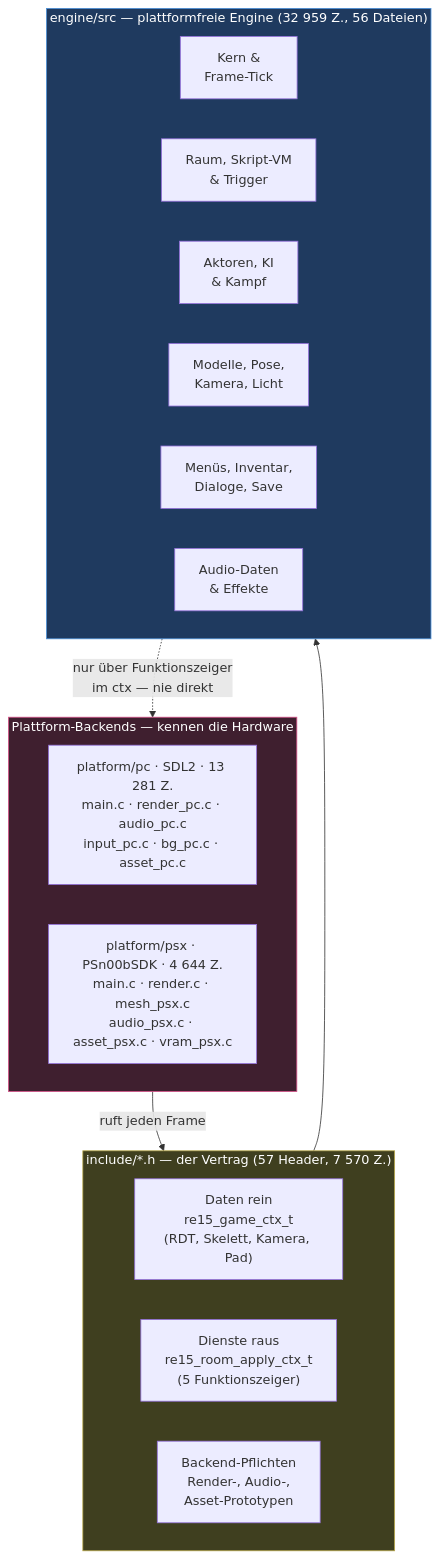
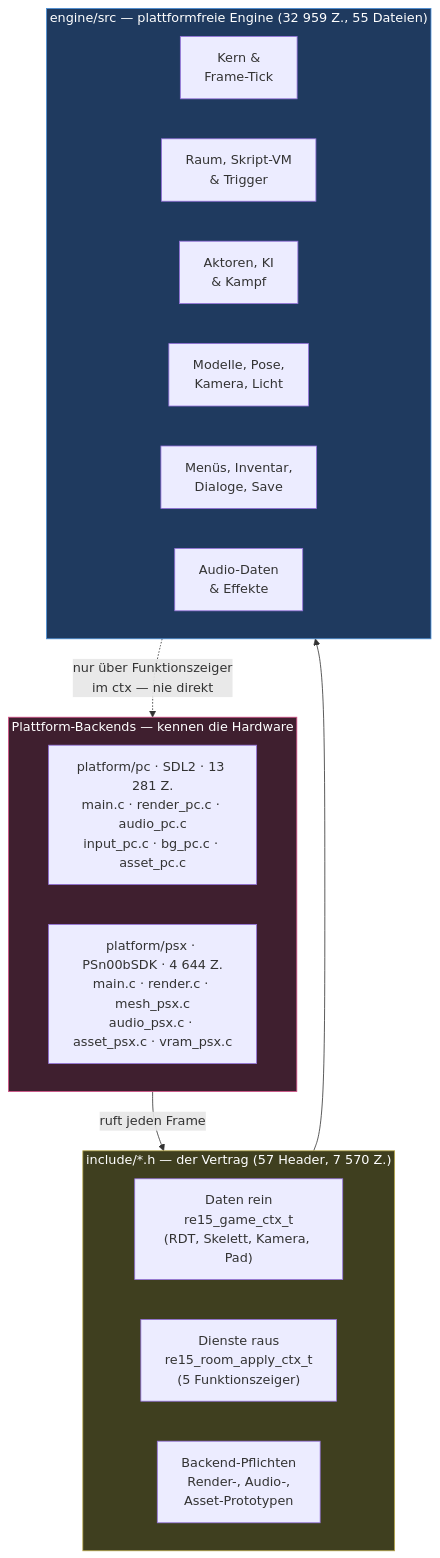
One commit to BauBabi/re15_port changed the first of 8 diagrams in ARCHITECTURE.md. Above: the diagram before and after it, drawn with Mermaid. The commit also changed other lines of this file and 1 other file, not shown here.

First line of the commit message:
docs(#arch): PlantUML-Fassung der Diagramme + vollstaendige Dateireferenz (alle 76 Quelldateien)

````diff
--- a/ARCHITECTURE.md
+++ b/ARCHITECTURE.md
@@ -23,33 +26,33 @@
 ```mermaid
 flowchart TB
     subgraph BACKENDS["Plattform-Backends — kennen die Hardware"]
         direction LR
         PC["platform/pc · SDL2 · 13 281 Z.<br/>main.c · render_pc.c · audio_pc.c<br/>input_pc.c · bg_pc.c · asset_pc.c"]
         PSX["platform/psx · PSn00bSDK · 4 644 Z.<br/>main.c · render.c · mesh_psx.c<br/>audio_psx.c · asset_psx.c · vram_psx.c"]
     end
 
     subgraph CONTRACT["include/*.h — der Vertrag (57 Header, 7 570 Z.)"]
         direction LR
         IN["Daten rein<br/>re15_game_ctx_t<br/>(RDT, Skelett, Kamera, Pad)"]
         OUT["Dienste raus<br/>re15_room_apply_ctx_t<br/>(5 Funktionszeiger)"]
         API["Backend-Pflichten<br/>Render-, Audio-,<br/>Asset-Prototypen"]
     end
 
-    subgraph ENGINE["engine/src — plattformfreie Engine (32 959 Z., 56 Dateien)"]
+    subgraph ENGINE["engine/src — plattformfreie Engine (32 959 Z., 55 Dateien)"]
         direction LR
         E1["Kern &<br/>Frame-Tick"]
         E2["Raum, Skript-VM<br/>& Trigger"]
         E3["Aktoren, KI<br/>& Kampf"]
         E4["Modelle, Pose,<br/>Kamera, Licht"]
         E5["Menüs, Inventar,<br/>Dialoge, Save"]
         E6["Audio-Daten<br/>& Effekte"]
     end
 
     BACKENDS -->|"ruft jeden Frame"| CONTRACT
     CONTRACT --> ENGINE
     ENGINE -.->|"nur über Funktionszeiger<br/>im ctx — nie direkt"| BACKENDS
 
     style ENGINE fill:#1f3a5f,stroke:#4a90d9,color:#fff
     style CONTRACT fill:#3f3f1f,stroke:#b8a84a,color:#fff
     style BACKENDS fill:#3f1f2f,stroke:#d9548a,color:#fff
 ```
````
